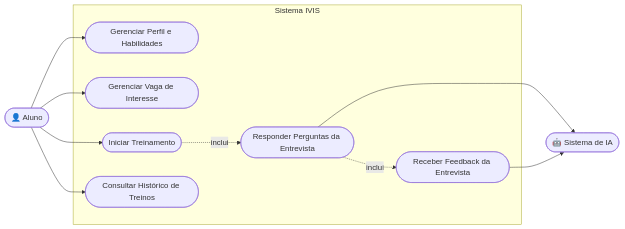
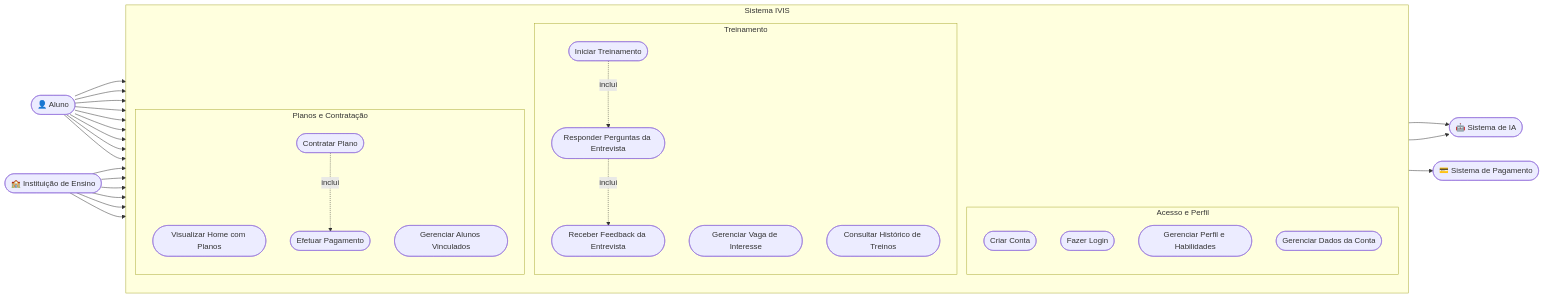
Before and after one commit to JoaoLRS/IVIS: the first of 2 diagrams in etc/plano/IVIS_documento.md, drawn with Mermaid. The commit also changed other lines of this file, not shown here.

Commit message:
Atualização no plano

````diff
--- a/etc/plano/IVIS_documento.md
+++ b/etc/plano/IVIS_documento.md
@@ -91,23 +100,57 @@
 ```mermaid
 flowchart LR
     Aluno(["👤 Aluno"])
+    IE(["🏫 Instituição de Ensino"])
     IA(["🤖 Sistema de IA"])
+    Pagamento(["💳 Sistema de Pagamento"])
 
     subgraph SistemaIVIS["Sistema IVIS"]
-        UC1(["Gerenciar Perfil e Habilidades"])
-        UC2(["Gerenciar Vaga de Interesse"])
-        UC3(["Iniciar Treinamento"])
-        UC4(["Responder Perguntas da Entrevista"])
-        UC5(["Receber Feedback da Entrevista"])
-        UC6(["Consultar Histórico de Treinos"])
+        direction TB
+
+        subgraph Acesso["Acesso e Perfil"]
+            UC1(["Criar Conta"])
+            UC2(["Fazer Login"])
+            UC3(["Gerenciar Perfil e Habilidades"])
+            UC13(["Gerenciar Dados da Conta"])
+        end
+
+        subgraph Treino["Treinamento"]
+            UC4(["Gerenciar Vaga de Interesse"])
+            UC5(["Iniciar Treinamento"])
+            UC6(["Responder Perguntas da Entrevista"])
+            UC7(["Receber Feedback da Entrevista"])
+            UC8(["Consultar Histórico de Treinos"])
+        end
+
+        subgraph PlanosArea["Planos e Contratação"]
+            UC9(["Visualizar Home com Planos"])
+            UC10(["Contratar Plano"])
+            UC11(["Gerenciar Alunos Vinculados"])
+            UC12(["Efetuar Pagamento"])
+        end
     end
 
     Aluno --> UC1
     Aluno --> UC2
     Aluno --> UC3
-    Aluno --> UC6
-    UC3 -. inclui .-> UC4
-    UC4 -. inclui .-> UC5
-    UC4 --> IA
-    UC5 --> IA
+    Aluno --> UC4
+    Aluno --> UC5
+    Aluno --> UC8
+    Aluno --> UC9
+    Aluno --> UC10
+    Aluno --> UC13
+
+    IE --> UC1
+    IE --> UC2
+    IE --> UC9
+    IE --> UC10
+    IE --> UC11
+    IE --> UC13
+
+    UC5 -. inclui .-> UC6
+    UC6 -. inclui .-> UC7
+    UC6 --> IA
+    UC7 --> IA
+    UC10 -. inclui .-> UC12
+    UC12 --> Pagamento
 ```
````
